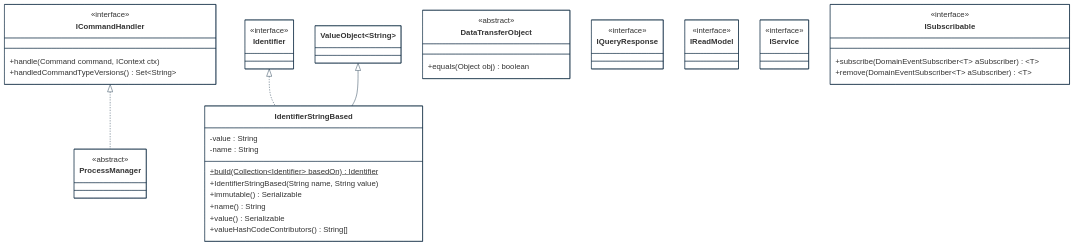
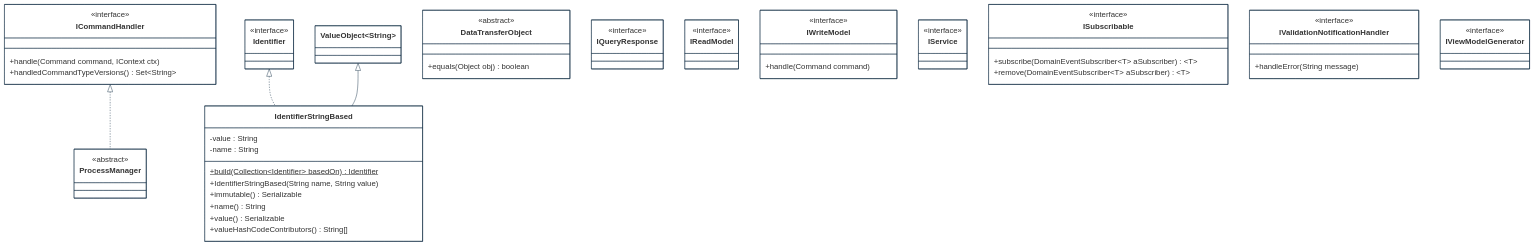
The second of 7 diagrams in implementations-line/framework/domain/designview-packages.md (cybnity/foundation), drawn with Mermaid before and after one commit. The commit also changed other lines of this file and 4 other files, not shown here.

````diff
--- a/implementations-line/framework/domain/designview-packages.md
+++ b/implementations-line/framework/domain/designview-packages.md
@@ -90,64 +90,75 @@
 ```mermaid
 %%{
   init: {
     'theme': 'base',
     'themeVariables': {
         'background': '#ffffff',
         'fontFamily': 'arial',
         'fontSize': '18px',
         'primaryColor': '#fff',
         'primaryBorderColor': '#0e2a43',
         'secondaryBorderColor': '#0e2a43',
         'tertiaryBorderColor': '#0e2a43',
         'edgeLabelBackground':'#0e2a43',
         'lineColor': '#0e2a43',
         'tertiaryColor': '#fff'
     }
   }
 }%%
 classDiagram
     ICommandHandler <|.. ProcessManager
     Identifier <|.. IdentifierStringBased
     ValueObject~String~ <|-- IdentifierStringBased
 
     class ICommandHandler {
         <<interface>>
         +handle(Command command, IContext ctx)
         +handledCommandTypeVersions() Set~String~
     }
     class DataTransferObject {
         <<abstract>>
         +equals(Object obj) boolean
     }
     class IQueryResponse {
         <<interface>>
     }
     class ProcessManager {
         <<abstract>>
     }
     class Identifier {
         <<interface>>
     }
     class IdentifierStringBased {
         -value : String
         -name : String
         +build(Collection~Identifier~ basedOn)$ Identifier
         +IdentifierStringBased(String name, String value)
         +immutable() Serializable
         +name() String
         +value() Serializable
         +valueHashCodeContributors() String[]
     }
     class IReadModel {
         <<interface>>
     }
+    class IWriteModel {
+        <<interface>>
+        +handle(Command command)
+    }
     class IService {
         <<interface>>
     }
     class ISubscribable {
         <<interface>>
         +subscribe(DomainEventSubscriber~T~ aSubscriber) ~T~
         +remove(DomainEventSubscriber~T~ aSubscriber) ~T~
     }
+    class IValidationNotificationHandler {
+        <<interface>>
+        +handleError(String message)
+    }
+    class IViewModelGenerator {
+        <<interface>>
+    }
 
 ```
````
